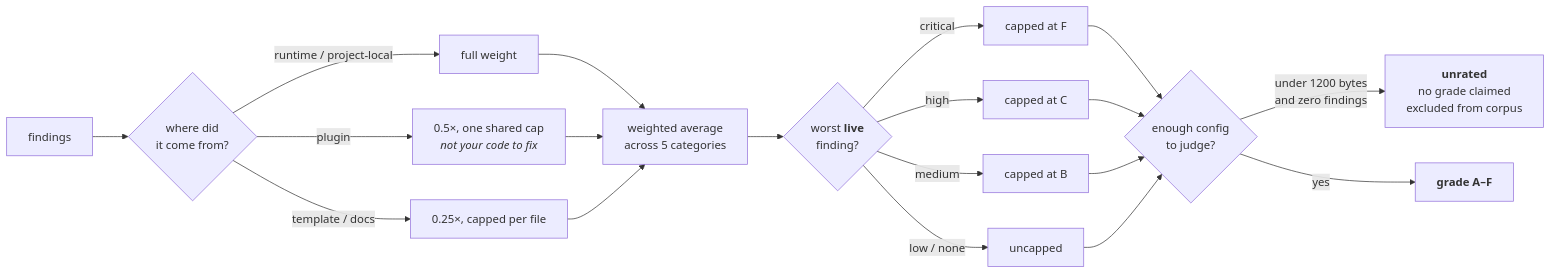
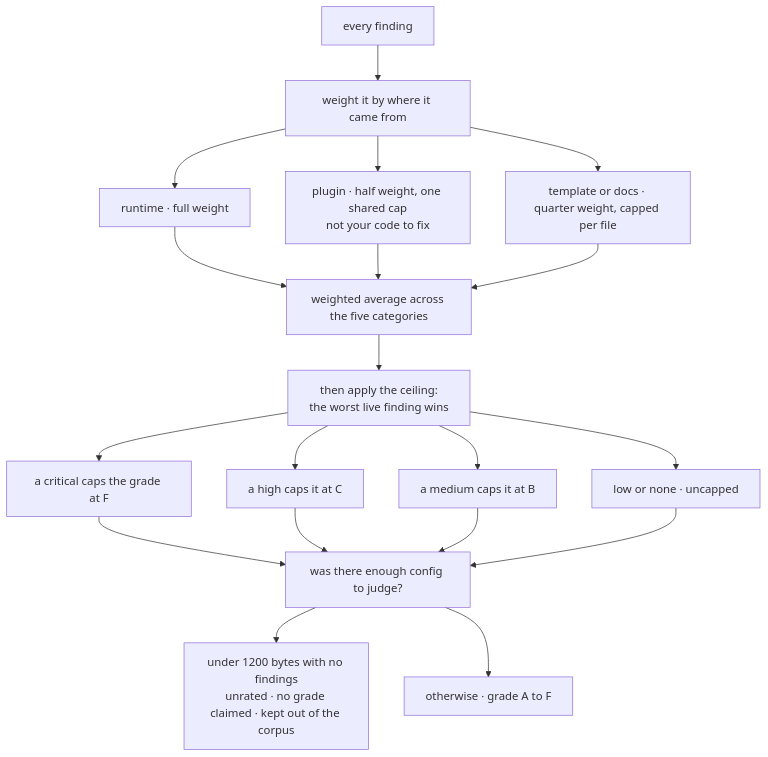
Before and after one commit to SagnikBhowmik77/wardline: the second of 2 diagrams in README.md, drawn with Mermaid.

Commit message:
Simplify the scoring diagram so GitHub renders it
The first diagram drew at full height; the second collapsed to an empty
180px frame. It was the only one using decision braces, pipe-delimited edge
labels and HTML entities. Rewritten with the plain node-and-arrow syntax the
working diagram uses.

````diff
--- a/README.md
+++ b/README.md
@@ -90,25 +90,26 @@
 ```mermaid
-flowchart LR
-    F["findings"] --> T{"where did<br/>it come from?"}
-    T -->|"runtime / project-local"| W1["full weight"]
-    T -->|"plugin"| W2["0.5&times;, one shared cap<br/><i>not your code to fix</i>"]
-    T -->|"template / docs"| W3["0.25&times;, capped per file"]
+flowchart TB
+    A["every finding"] --> B["weight it by where it came from"]
 
-    W1 --> AVG["weighted average<br/>across 5 categories"]
-    W2 --> AVG
-    W3 --> AVG
+    B --> B1["runtime · full weight"]
+    B --> B2["plugin · half weight, one shared cap<br/>not your code to fix"]
+    B --> B3["template or docs · quarter weight, capped per file"]
 
-    AVG --> CEIL{"worst <b>live</b><br/>finding?"}
-    CEIL -->|critical| X1["capped at F"]
-    CEIL -->|high| X2["capped at C"]
-    CEIL -->|medium| X3["capped at B"]
-    CEIL -->|"low / none"| X4["uncapped"]
+    B1 --> C["weighted average across the five categories"]
+    B2 --> C
+    B3 --> C
 
-    X1 --> EV{"enough config<br/>to judge?"}
-    X2 --> EV
-    X3 --> EV
-    X4 --> EV
+    C --> D["then apply the ceiling:<br/>the worst live finding wins"]
+    D --> D1["a critical caps the grade at F"]
+    D --> D2["a high caps it at C"]
+    D --> D3["a medium caps it at B"]
+    D --> D4["low or none · uncapped"]
 
-    EV -->|"under 1200 bytes<br/>and zero findings"| U["<b>unrated</b><br/>no grade claimed<br/>excluded from corpus"]
-    EV -->|yes| G["<b>grade A&ndash;F</b>"]
+    D1 --> E["was there enough config to judge?"]
+    D2 --> E
+    D3 --> E
+    D4 --> E
+
+    E --> E1["under 1200 bytes with no findings<br/>unrated · no grade claimed · kept out of the corpus"]
+    E --> E2["otherwise · grade A to F"]
 ```
````
